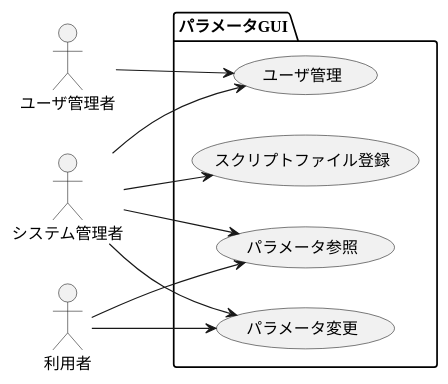
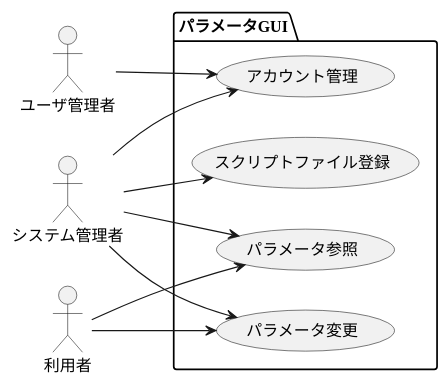
One commit to unagiew/paramDocument changed the third of 3 diagrams in Requirement.md. Above: the diagram before and after it, drawn with PlantUML. The commit also changed other lines of this file and 11 other files, not shown here.

````diff
--- a/Requirement.md
+++ b/Requirement.md
@@ -39,21 +69,21 @@
 ```puml
 @startuml
 left to right direction
 actor システム管理者 as A
 actor ユーザ管理者 as B
 actor 利用者 as C
 package パラメータGUI {
     usecase "スクリプトファイル登録" as uc01
-    usecase "ユーザ管理" as uc02
+    usecase "アカウント管理" as uc02
     usecase "パラメータ参照" as uc03
     usecase "パラメータ変更" as uc04
 }
 A --> uc01
 A --> uc02
 A --> uc03
 A --> uc04
 B --> uc02
 C --> uc03
 C --> uc04
 @enduml
 ```
````
